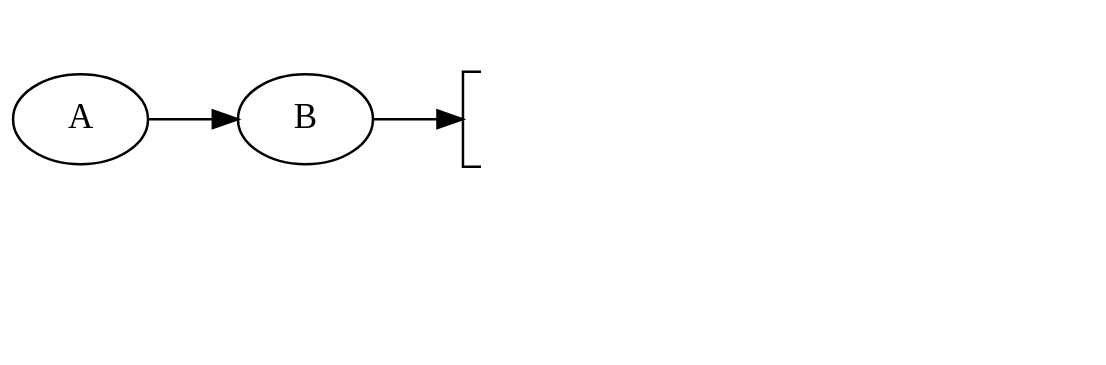
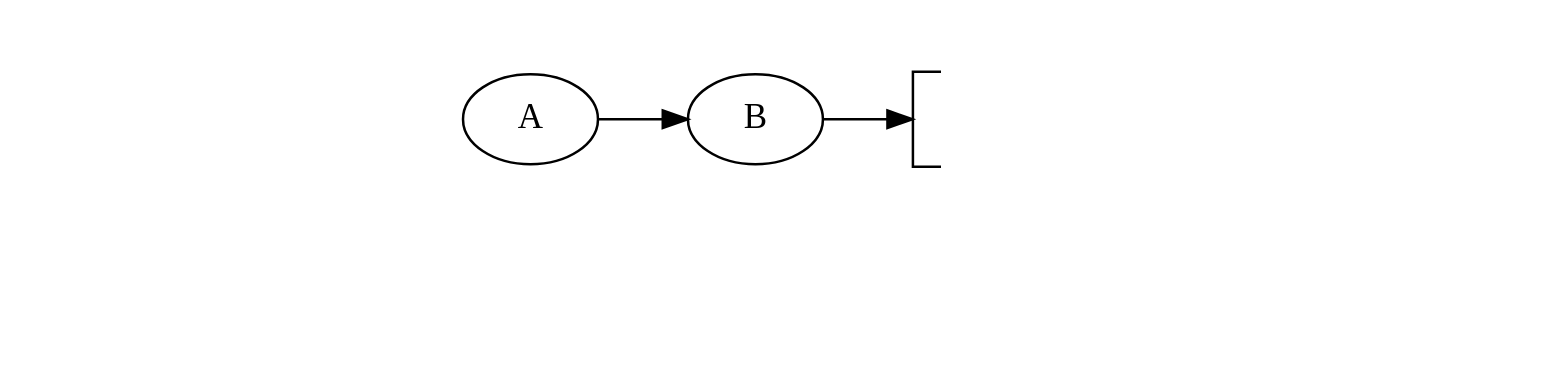
One commit to inponomarev/kstreams-testing-pitfalls changed diagram 16 of 26 in slides/src/main/asciidoc/lecture.adoc. Above: the diagram before and after it, drawn with Graphviz. The commit also changed other lines of this file, not shown here.

```diff
--- a/slides/src/main/asciidoc/lecture.adoc
+++ b/slides/src/main/asciidoc/lecture.adoc
@@ -695,29 +708,37 @@
 [graphviz,"cache2.png"]
 ----
 digraph G {
 graph [ dpi = 180 ];
 rankdir="LR";
 
 A1[label="A"];
 B1[label="B"];
 
 A1 -> B1 ->Reduce;
 
 Reduce[shape=box,label="reduce \n (l, r) → <STOP>"];
 
 Reduce -> Cache;
 
 Cache[shape=box,label=<<table cellspacing="5" cellborder="0"  border="0">
         <tr><td colspan="2">Cache</td></tr>
         <tr><td>A</td><vr/><td>A</td></tr>
         <tr><td>B</td><vr/><td>B</td></tr>
         </table>>]
 Store[shape=cylinder,label=<<table cellspacing="5" cellborder="0"  border="0">
         <tr><td colspan="2">Local Store</td></tr>
         <tr><td> </td><td> </td></tr>
         </table>>];
         
 Cache -> Store;
 {rank = same; Store; Cache; }
+
+#Padding with invisible elements
+P3->P4->A1[style="invis"];
+Cache -> P1 -> P2[style="invis"];
+P1[label="<STOP>", style="invis"];
+P2[label="<STOP>", style="invis"];
+P3[label="A", style="invis"];
+P4[label="A", style="invis"];
 }
 ----
```
